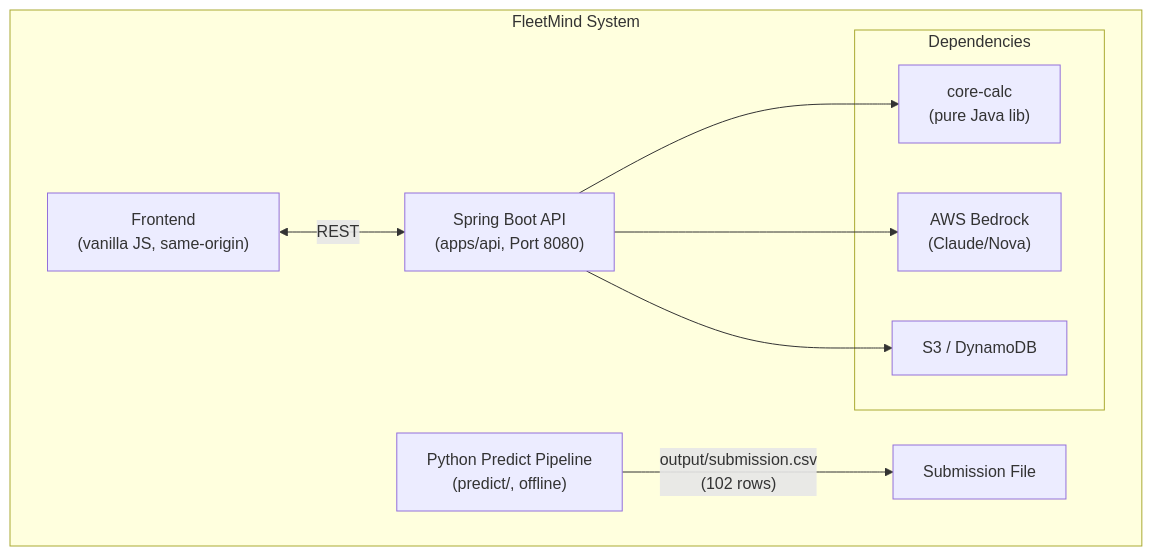
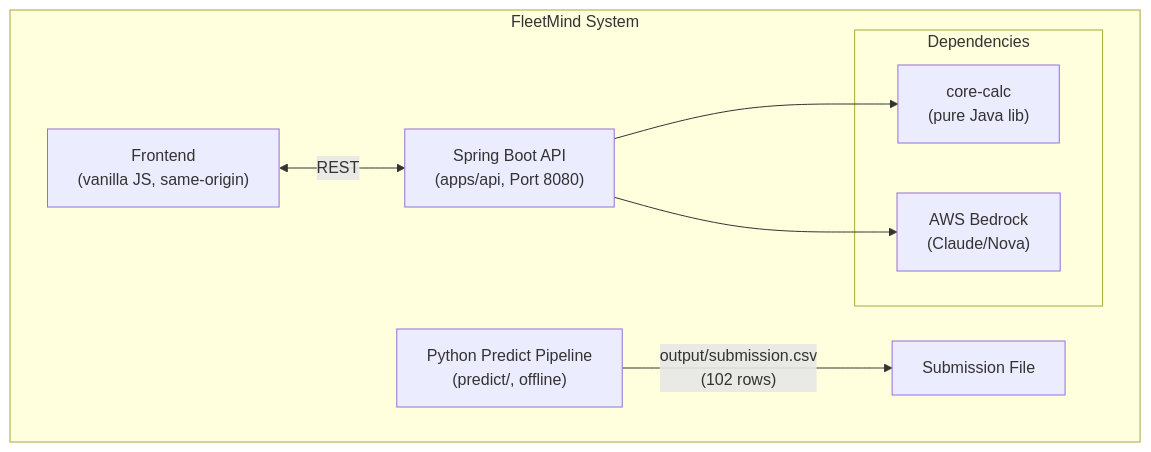
One commit to wsx5031060310guy/fleetmind-yang-ming-hackathon changed the first of 10 diagrams in ai-context/ARCHITECTURE_DIAGRAM.md. Above: the diagram before and after it, drawn with Mermaid. The commit also changed other lines of this file, not shown here.

First line of the commit message:
docs: correct the deployment diagram to the architecture actually running

````diff
--- a/ai-context/ARCHITECTURE_DIAGRAM.md
+++ b/ai-context/ARCHITECTURE_DIAGRAM.md
@@ -10,21 +10,19 @@
 ```mermaid
 graph TB
     subgraph FleetMind System
         Frontend["Frontend<br/>(vanilla JS, same-origin)"]
         API["Spring Boot API<br/>(apps/api, Port 8080)"]
         Predict["Python Predict Pipeline<br/>(predict/, offline)"]
 
         Frontend <-->|REST| API
 
         subgraph Dependencies
             CoreCalc["core-calc<br/>(pure Java lib)"]
             Bedrock["AWS Bedrock<br/>(Claude/Nova)"]
-            Storage["S3 / DynamoDB"]
         end
 
         API --> CoreCalc
         API --> Bedrock
-        API --> Storage
         Predict --> |"output/submission.csv<br/>(102 rows)"| Submission["Submission File"]
     end
 ```
````
